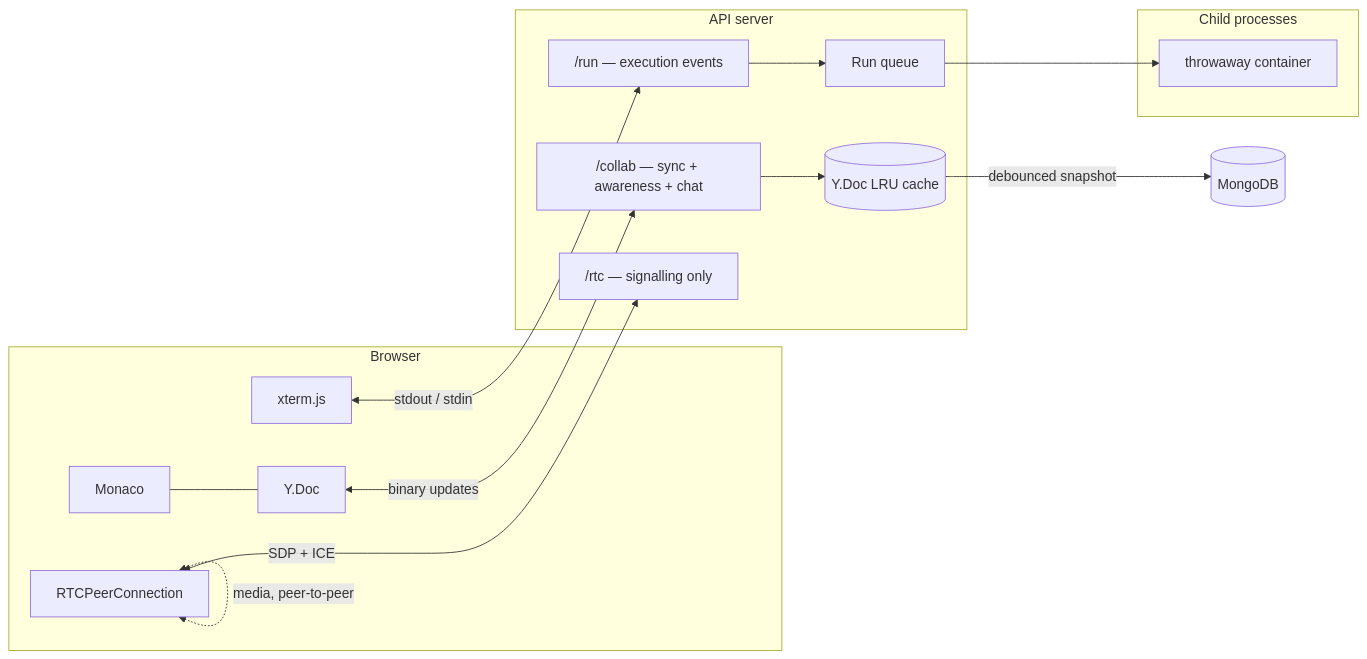
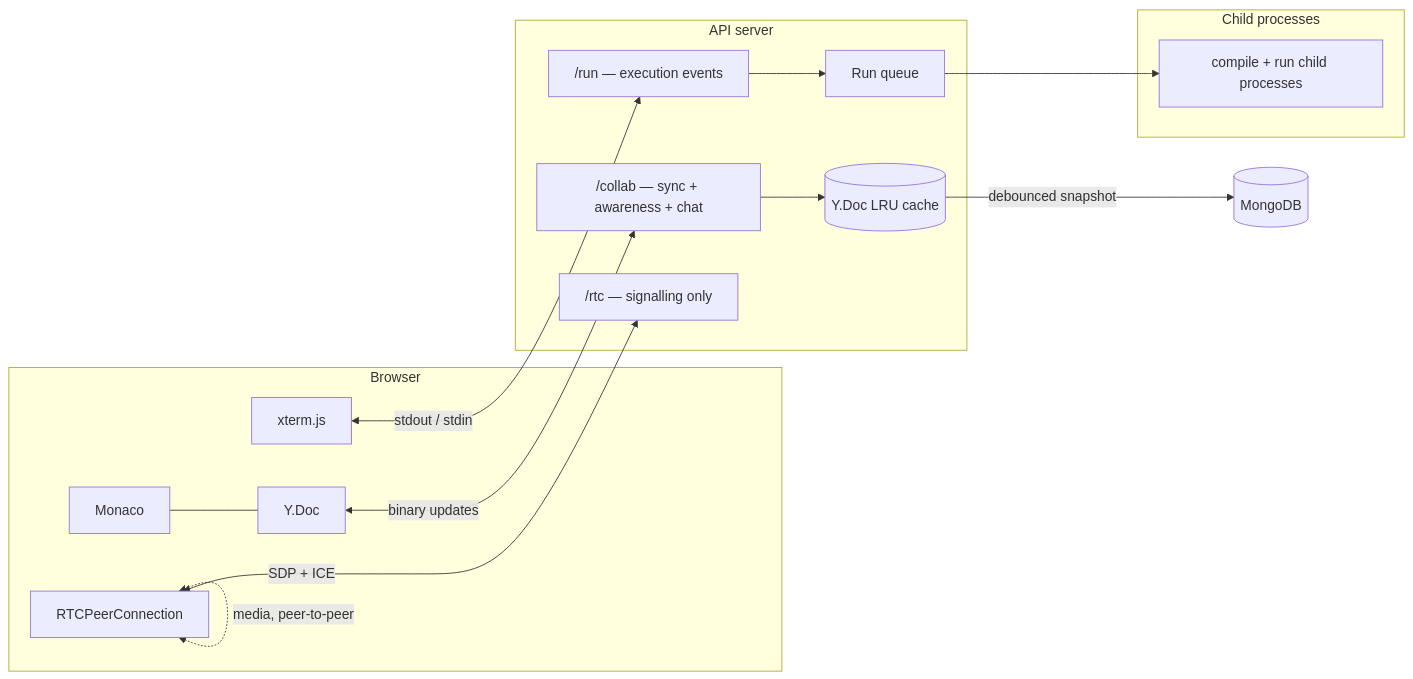
The diagram in docs/ARCHITECTURE.md (Parth-Verma-007/doomcodexa), drawn with Mermaid before and after one commit. The commit also changed other lines of this file and 8 other files, not shown here.

````diff
--- a/docs/ARCHITECTURE.md
+++ b/docs/ARCHITECTURE.md
@@ -11,26 +11,26 @@
 ```mermaid
 flowchart LR
     subgraph B[Browser]
         M[Monaco] --- Y[Y.Doc]
         X[xterm.js]
         P[RTCPeerConnection]
     end
 
     subgraph S[API server]
         C["/collab — sync + awareness + chat"]
         R["/run — execution events"]
         T["/rtc — signalling only"]
         D[(Y.Doc LRU cache)]
         Q[Run queue]
     end
 
     subgraph E[Child processes]
-        K[throwaway container]
+        K[compile + run child processes]
     end
 
     Y <-->|binary updates| C --> D
     X <-->|stdout / stdin| R --> Q --> K
     P <-->|SDP + ICE| T
     P <-.->|media, peer-to-peer| P
     D -->|debounced snapshot| MG[(MongoDB)]
 ```
````
